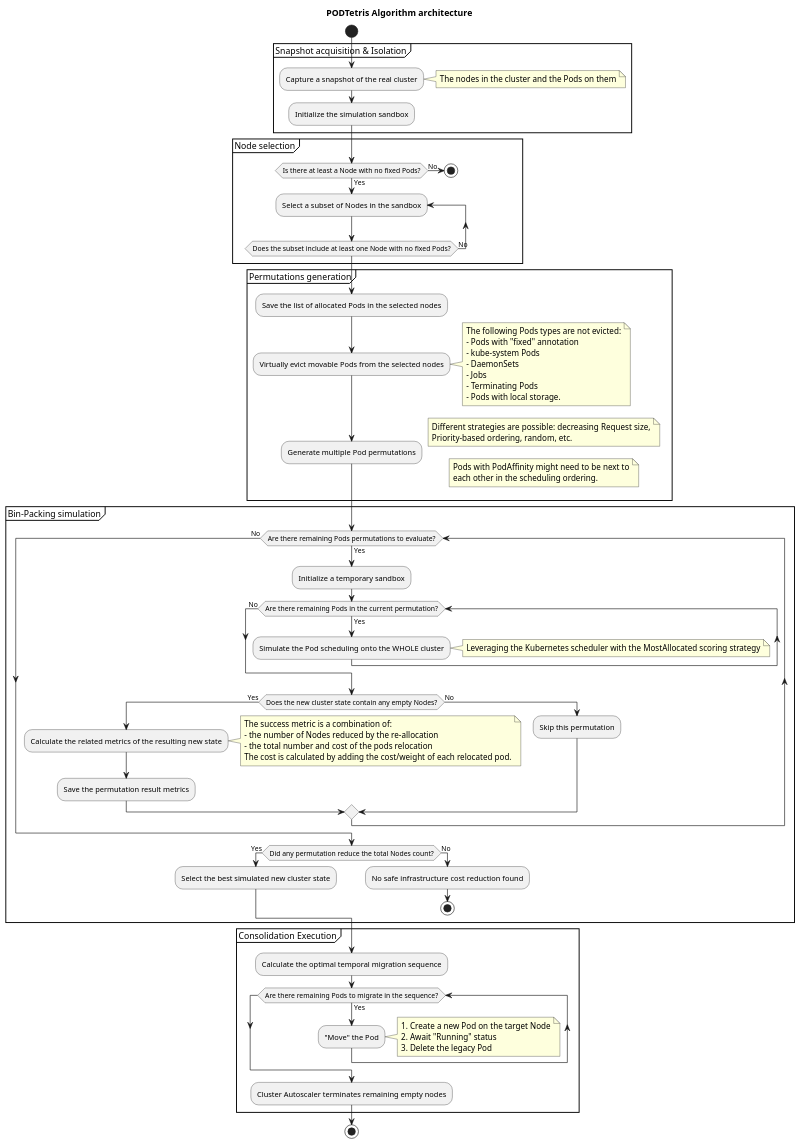
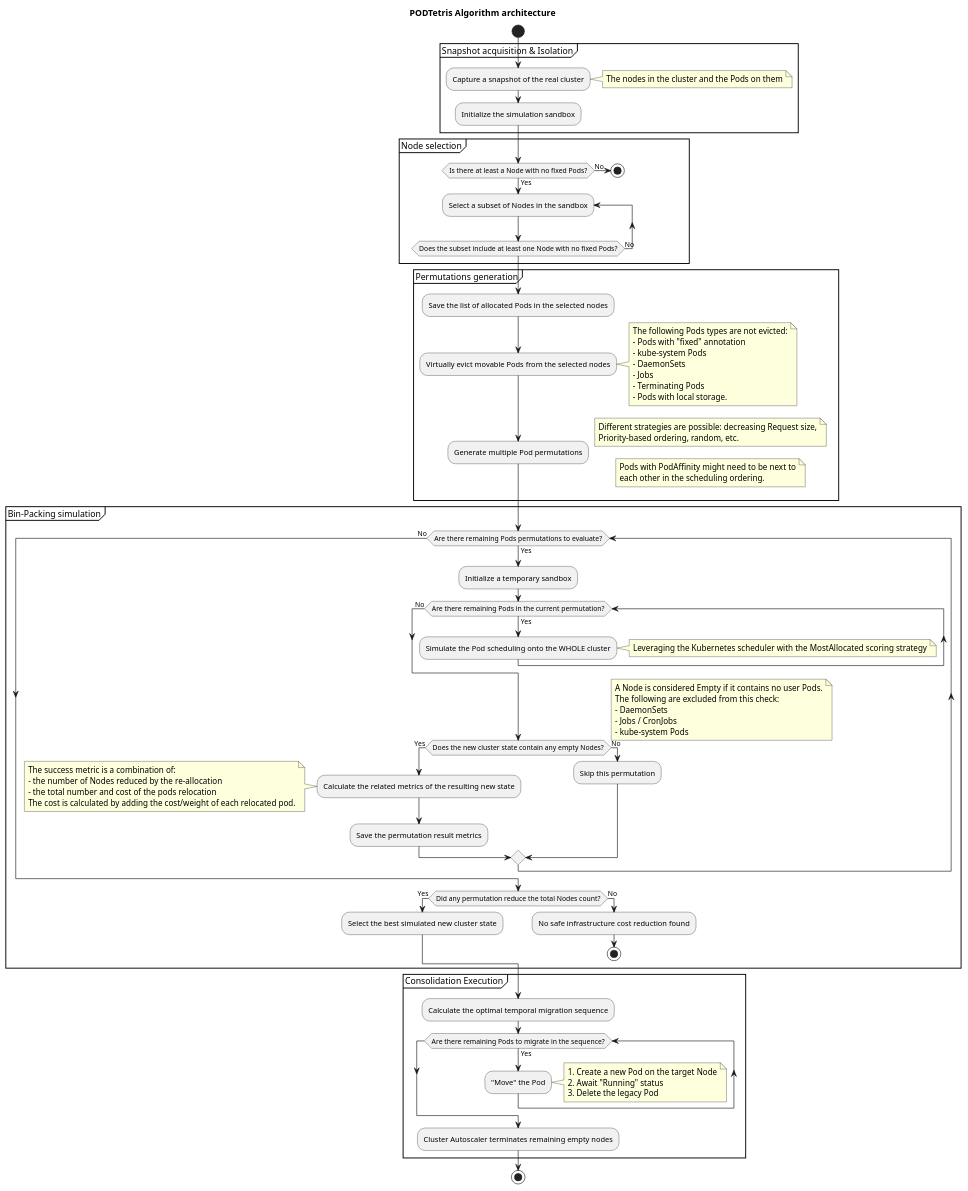
One commit to andreabuon/podtetris changed the diagram in docs/algorithm-plantUML.puml. Above: the diagram before and after it, drawn with PlantUML.

Commit message:
docs(plantUML): improve empty node description

```diff
--- a/docs/algorithm-plantUML.puml
+++ b/docs/algorithm-plantUML.puml
@@ -1,95 +1,102 @@
 @startuml PODTetris
 
 title PODTetris Algorithm architecture
 
 start
 
 partition "Snapshot acquisition & Isolation" {
     :Capture a snapshot of the real cluster;
     note right: The nodes in the cluster and the Pods on them
     :Initialize the simulation sandbox;
 }
 
 partition "Node selection" {
     if (Is there at least a Node with no fixed Pods?) then (Yes)
         repeat :Select a subset of Nodes in the sandbox;
         note right: e.g., the N=5 least-allocated Nodes
         repeat while (Does the subset include at least one Node with no fixed Pods?) is (No)
     else (No)
         stop
     endif
 }
 
 partition "Permutations generation" {
     :Save the list of allocated Pods in the selected nodes;
     :Virtually evict movable Pods from the selected nodes;
     note right
         The following Pods types are not evicted:
         - Pods with "fixed" annotation
         - kube-system Pods
         - DaemonSets
         - Jobs
         - Terminating Pods
         - Pods with local storage.
     end note
 
     :Generate multiple Pod permutations;
     note right
         Different strategies are possible: decreasing Request size,
         Priority-based ordering, random, etc.
     end note
     note right
         Pods with PodAffinity might need to be next to
         each other in the scheduling ordering.
     end note
 }
 
 partition "Bin-Packing simulation" {
     while (Are there remaining Pods permutations to evaluate?) is (Yes)
         :Initialize a temporary sandbox;
         while (Are there remaining Pods in the current permutation?) is (Yes)
             :Simulate the Pod scheduling onto the WHOLE cluster;
             note right: Leveraging the Kubernetes scheduler with the MostAllocated scoring strategy
         endwhile (No)
 
         if (Does the new cluster state contain any empty Nodes?) then (Yes)
+            note right
+                A Node is considered Empty if it contains no user Pods.
+                The following are excluded from this check:
+                - DaemonSets
+                - Jobs / CronJobs
+                - kube-system Pods
+            endnote
             :Calculate the related metrics of the resulting new state;
-            note right
+            note left
                 The success metric is a combination of:
                 - the number of Nodes reduced by the re-allocation
                 - the total number and cost of the pods relocation
                 The cost is calculated by adding the cost/weight of each relocated pod.
             end note
             :Save the permutation result metrics;
         else (No)
             :Skip this permutation;
         endif
 
     endwhile (No)
 
     if (Did any permutation reduce the total Nodes count?) then (Yes)
         :Select the best simulated new cluster state;
     else (No)
         :No safe infrastructure cost reduction found;
         stop
     endif
 
 }
 
 partition "Consolidation Execution" {
     :Calculate the optimal temporal migration sequence;
 
     while (Are there remaining Pods to migrate in the sequence?) is (Yes)
         :"Move" the Pod;
         note right
             1. Create a new Pod on the target Node
             2. Await "Running" status
             3. Delete the legacy Pod
         end note
     endwhile
 
     :Cluster Autoscaler terminates remaining empty nodes;
 }
 
 stop
 @enduml
```
